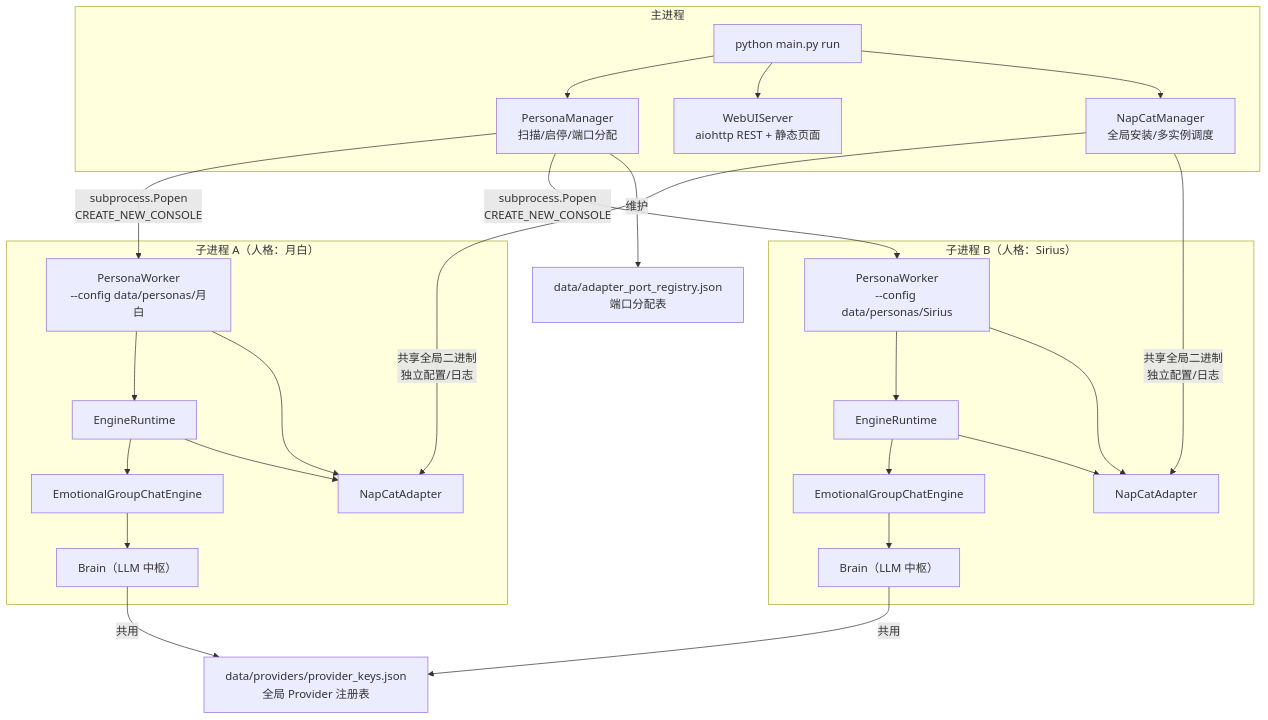
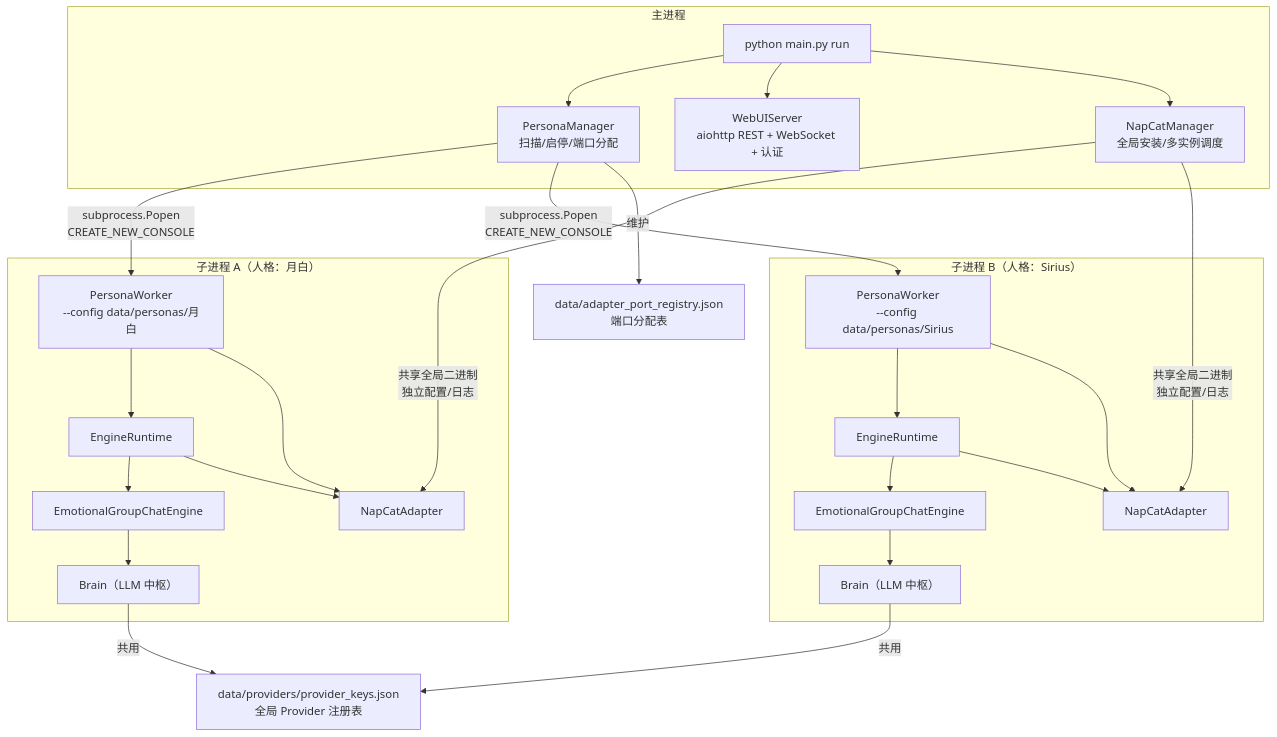
Before and after one commit to LiveSirius/SiriusPulse-Docs: the first of 13 diagrams in guide/architecture-overview.md, drawn with Mermaid. The commit also changed other lines of this file and 3 other files, not shown here.

````diff
--- a/guide/architecture-overview.md
+++ b/guide/architecture-overview.md
@@ -17,46 +17,46 @@
 ```mermaid
 flowchart TD
     subgraph MainProcess["主进程"]
         CLI["python main.py run"]
         PM["PersonaManager<br/>扫描/启停/端口分配"]
-        WebUI["WebUIServer<br/>aiohttp REST + 静态页面"]
+        WebUI["WebUIServer<br/>aiohttp REST + WebSocket + 认证"]
         NM["NapCatManager<br/>全局安装/多实例调度"]
     end
 
     CLI --> PM
     CLI --> WebUI
     CLI --> NM
 
     subgraph PersonaA["子进程 A（人格：月白）"]
         PWA["PersonaWorker<br/>--config data/personas/月白"]
         RTA["EngineRuntime"]
         EngineA["EmotionalGroupChatEngine"]
         BrainA["Brain（LLM 中枢）"]
         AdapterA["NapCatAdapter"]
         PWA --> RTA --> EngineA
         PWA --> AdapterA
         RTA --> AdapterA
         EngineA --> BrainA
     end
 
     subgraph PersonaB["子进程 B（人格：Sirius）"]
         PWB["PersonaWorker<br/>--config data/personas/Sirius"]
         RTB["EngineRuntime"]
         EngineB["EmotionalGroupChatEngine"]
         BrainB["Brain（LLM 中枢）"]
         AdapterB["NapCatAdapter"]
         PWB --> RTB --> EngineB
         PWB --> AdapterB
         RTB --> AdapterB
         EngineB --> BrainB
     end
 
     PM -->|"subprocess.Popen<br/>CREATE_NEW_CONSOLE"| PWA
     PM -->|"subprocess.Popen<br/>CREATE_NEW_CONSOLE"| PWB
     NM -->|"共享全局二进制<br/>独立配置/日志"| AdapterA
     NM -->|"共享全局二进制<br/>独立配置/日志"| AdapterB
 
     PM -->|"维护"| Registry["data/adapter_port_registry.json<br/>端口分配表"]
     BrainA -->|"共用"| Providers["data/providers/provider_keys.json<br/>全局 Provider 注册表"]
     BrainB -->|"共用"| Providers
 ```
````
